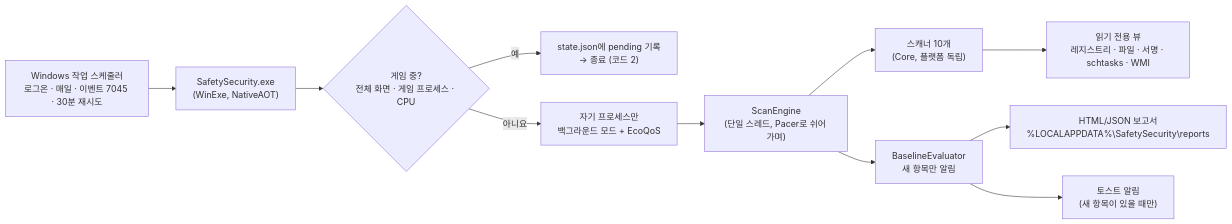
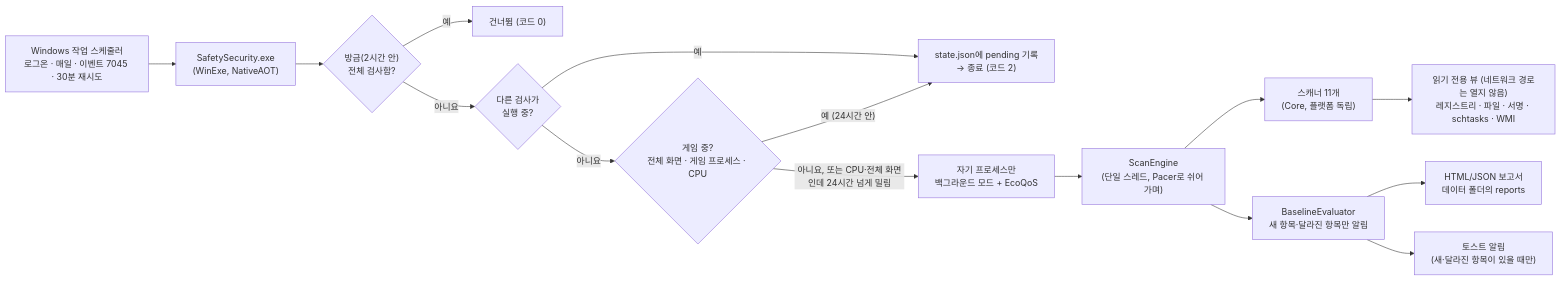
The diagram in docs/ARCHITECTURE.md (jiyul-me/safety-security), drawn with Mermaid before and after one commit. The commit also changed other lines of this file and 83 other files, not shown here.

````diff
--- a/docs/ARCHITECTURE.md
+++ b/docs/ARCHITECTURE.md
@@ -3,13 +3,17 @@
 ```mermaid
 flowchart LR
     TS["Windows 작업 스케줄러<br/>로그온 · 매일 · 이벤트 7045 · 30분 재시도"] --> EXE["SafetySecurity.exe<br/>(WinExe, NativeAOT)"]
-    EXE --> GATE{"게임 중?<br/>전체 화면 · 게임 프로세스 · CPU"}
-    GATE -- 예 --> DEFER["state.json에 pending 기록<br/>→ 종료 (코드 2)"]
-    GATE -- 아니요 --> BG["자기 프로세스만<br/>백그라운드 모드 + EcoQoS"]
+    EXE --> RECENT{"방금(2시간 안)<br/>전체 검사함?"}
+    RECENT -- 예 --> SKIP["건너뜀 (코드 0)"]
+    RECENT -- 아니요 --> LOCK{"다른 검사가<br/>실행 중?"}
+    LOCK -- 예 --> DEFER["state.json에 pending 기록<br/>→ 종료 (코드 2)"]
+    LOCK -- 아니요 --> GATE{"게임 중?<br/>전체 화면 · 게임 프로세스 · CPU"}
+    GATE -- "예 (24시간 안)" --> DEFER
+    GATE -- "아니요, 또는 CPU·전체 화면인데 24시간 넘게 밀림" --> BG["자기 프로세스만<br/>백그라운드 모드 + EcoQoS"]
     BG --> ENGINE["ScanEngine<br/>(단일 스레드, Pacer로 쉬어 가며)"]
-    ENGINE --> SCANNERS["스캐너 10개<br/>(Core, 플랫폼 독립)"]
-    SCANNERS --> VIEWS["읽기 전용 뷰<br/>레지스트리 · 파일 · 서명 · schtasks · WMI"]
-    ENGINE --> BASE["BaselineEvaluator<br/>새 항목만 알림"]
-    BASE --> REPORT["HTML/JSON 보고서<br/>%LOCALAPPDATA%\SafetySecurity\reports"]
-    BASE --> TOAST["토스트 알림<br/>(새 항목이 있을 때만)"]
+    ENGINE --> SCANNERS["스캐너 11개<br/>(Core, 플랫폼 독립)"]
+    SCANNERS --> VIEWS["읽기 전용 뷰 (네트워크 경로는 열지 않음)<br/>레지스트리 · 파일 · 서명 · schtasks · WMI"]
+    ENGINE --> BASE["BaselineEvaluator<br/>새 항목·달라진 항목만 알림"]
+    BASE --> REPORT["HTML/JSON 보고서<br/>데이터 폴더의 reports"]
+    BASE --> TOAST["토스트 알림<br/>(새·달라진 항목이 있을 때만)"]
 ```
````
